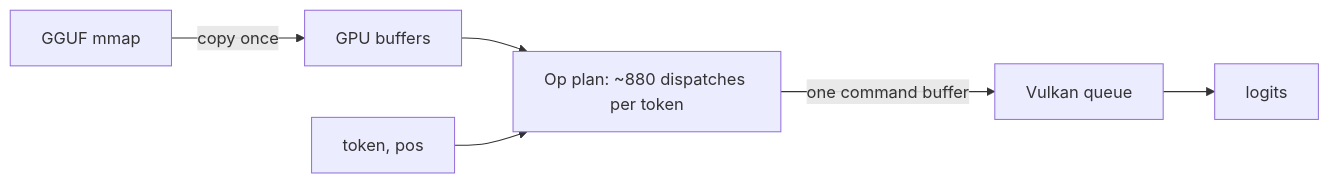
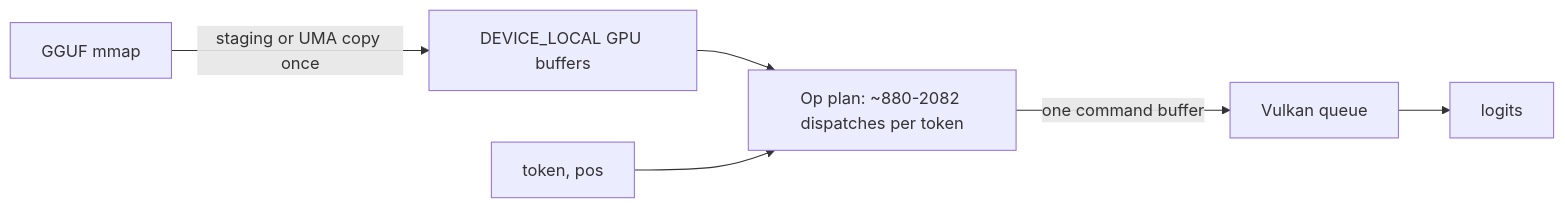
Before and after one commit to ian-cowley/Glacier.Inference: the diagram in docs/VULKAN_BACKEND.md, drawn with Mermaid. The commit also changed other lines of this file and 52 other files, not shown here.

Commit message:
feat(inference): release v1.10.0 with NariQ TRL1..TRL6 (CPU/CUDA/Vulkan 1.3), Qwen35CudaModel, and Qwen2GpuModel CUDA Graphs

````diff
--- a/docs/VULKAN_BACKEND.md
+++ b/docs/VULKAN_BACKEND.md
@@ -30,8 +29,8 @@
 ```mermaid
 flowchart LR
-    G[GGUF mmap] -->|copy once| W[GPU buffers]
-    W --> P[Op plan: ~880 dispatches per token]
+    G[GGUF mmap] -->|staging or UMA copy once| W[DEVICE_LOCAL GPU buffers]
+    W --> P[Op plan: ~880-2082 dispatches per token]
     T[token, pos] --> P
     P -->|one command buffer| Q[Vulkan queue]
     Q --> L[logits]
 ```
````
